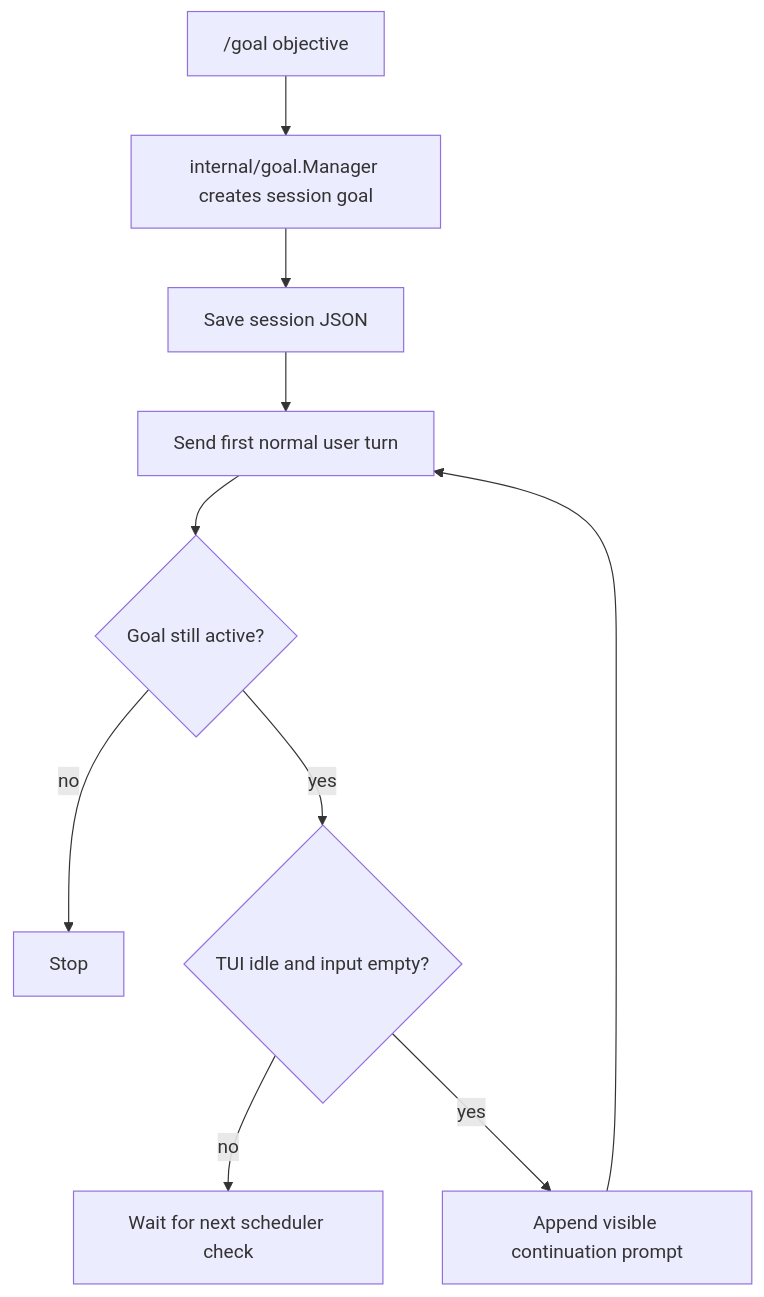
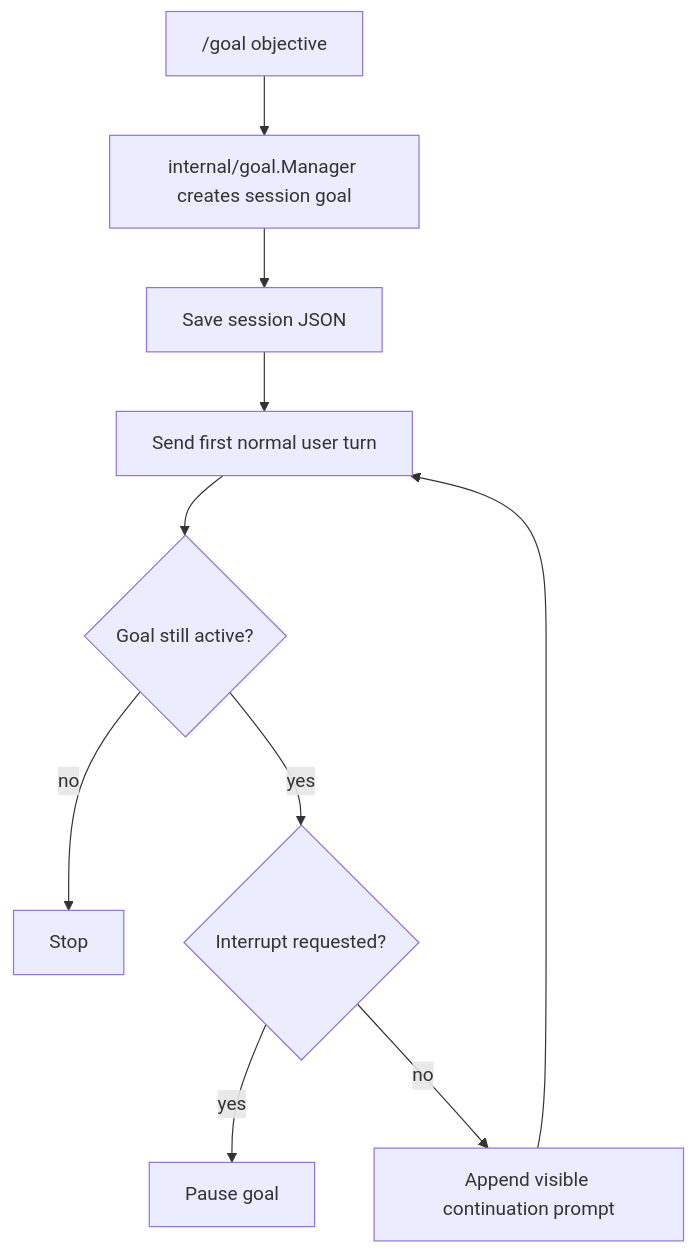
The third of 3 diagrams in docs/design/goal-runner.md (owainlewis/neo), drawn with Mermaid before and after one commit. The commit also changed other lines of this file and 2 other files, not shown here.

````diff
--- a/docs/design/goal-runner.md
+++ b/docs/design/goal-runner.md
@@ -138,12 +142,12 @@
 ```mermaid
 flowchart TD
     A["/goal objective"] --> B["internal/goal.Manager creates session goal"]
     B --> C["Save session JSON"]
     C --> D["Send first normal user turn"]
     D --> E{"Goal still active?"}
     E -->|no| F["Stop"]
-    E -->|yes| G{"TUI idle and input empty?"}
-    G -->|no| H["Wait for next scheduler check"]
-    G -->|yes| I["Append visible continuation prompt"]
+    E -->|yes| G{"Interrupt requested?"}
+    G -->|yes| H["Pause goal"]
+    G -->|no| I["Append visible continuation prompt"]
     I --> D
 ```
````
